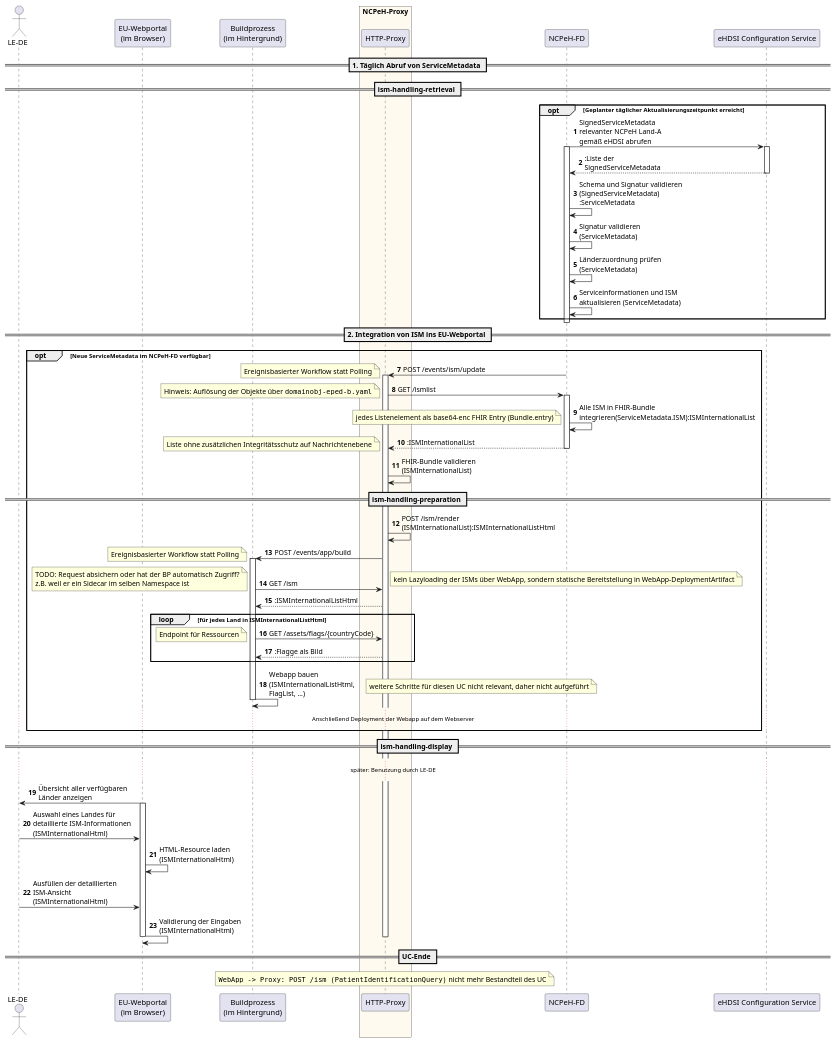
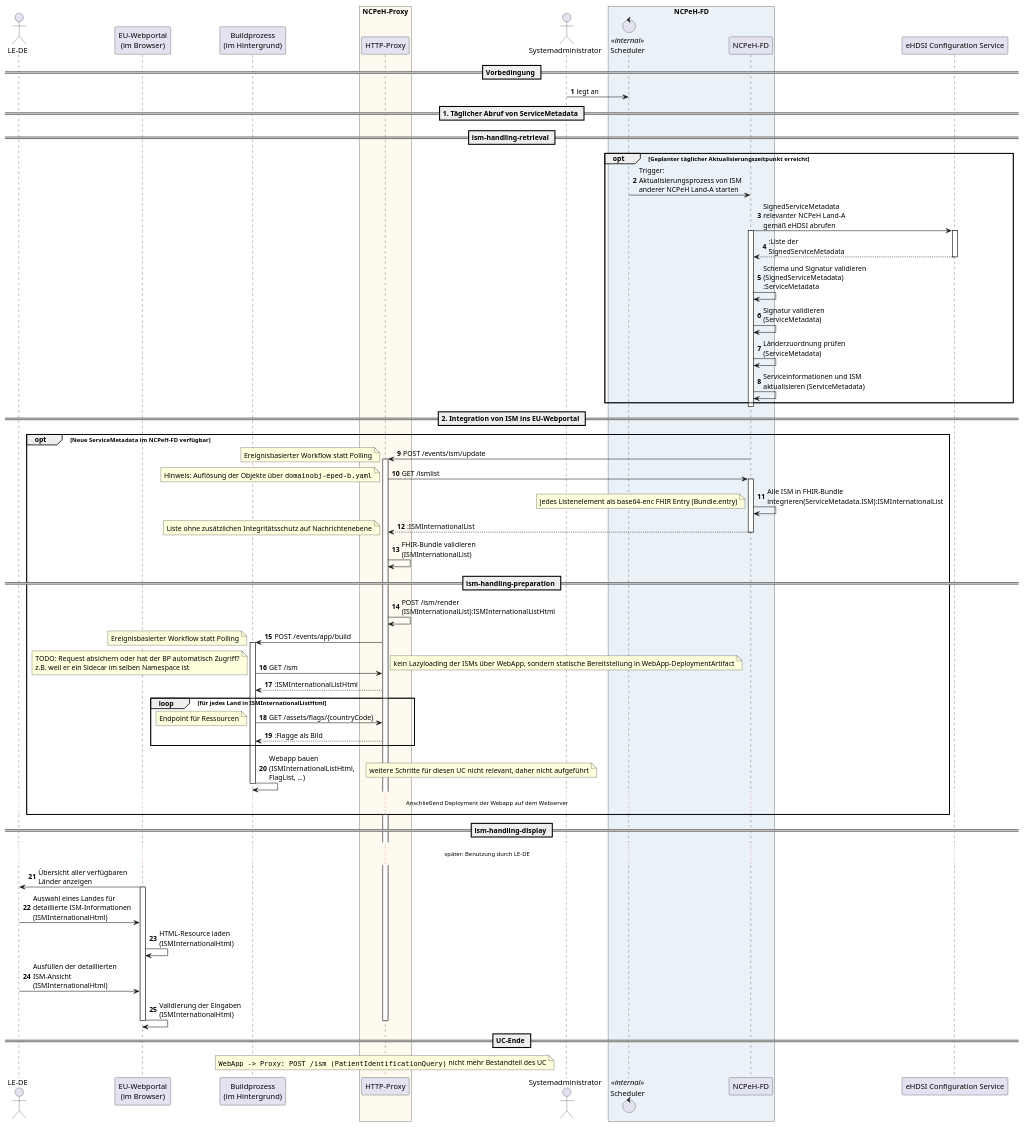
The diagram in src/images/feature/eped-b/functional/ISM_bereitstellen_detailed.puml (gematik/api-ncpeh), drawn with PlantUML before and after one commit.

Commit message:
no message

```diff
--- a/src/images/feature/eped-b/functional/ISM_bereitstellen_detailed.puml
+++ b/src/images/feature/eped-b/functional/ISM_bereitstellen_detailed.puml
@@ -1,89 +1,101 @@
 @startuml ISM bereiststellen (detailliert)
 
 skinparam maxMessageSize 200
 autonumber
 
 actor "LE-DE" as User
 
 participant "EU-Webportal\n(im Browser)" as WebApp
 participant "Buildprozess\n(im Hintergrund)" as Buildprozess
 
 box "NCPeH-Proxy" #FloralWhite
     participant "HTTP-Proxy" as Proxy
 end box
+
+actor "Systemadministrator" as Administrator
+box "NCPeH-FD" #EAF2F8
+control "Scheduler" as Scheduler <<internal>>
 participant "NCPeH-FD" as NCPeH
+end box
+
 participant "eHDSI Configuration Service" as ConfServ
 
-== 1. Täglich Abruf von ServiceMetadata ==
+== Vorbedingung ==
+Administrator -> Scheduler: legt an
+
+== 1. Täglicher Abruf von ServiceMetadata ==
 == ism-handling-retrieval ==
 
+
+
 opt Geplanter täglicher Aktualisierungszeitpunkt erreicht
+    Scheduler -> NCPeH: Trigger: \nAktualisierungsprozess von ISM anderer NCPeH Land-A starten
     NCPeH -> ConfServ: SignedServiceMetadata relevanter NCPeH Land-A gemäß eHDSI abrufen
     activate NCPeH 
     activate ConfServ
 
     ConfServ --> NCPeH: :Liste der SignedServiceMetadata
     deactivate ConfServ
 
     NCPeH -> NCPeH: Schema und Signatur validieren (SignedServiceMetadata) :ServiceMetadata
     NCPeH -> NCPeH: Signatur validieren (ServiceMetadata)
     NCPeH -> NCPeH: Länderzuordnung prüfen (ServiceMetadata)
     NCPeH -> NCPeH: Serviceinformationen und ISM aktualisieren (ServiceMetadata)
 end
 deactivate NCPeH
 
 == 2. Integration von ISM ins EU-Webportal ==
 
 opt Neue ServiceMetadata im NCPeH-FD verfügbar
     NCPeH -> Proxy: POST /events/ism/update
     note left: Ereignisbasierter Workflow statt Polling
     activate Proxy
     Proxy -> NCPeH: GET /ismlist
     activate NCPeH
     note left: Hinweis: Auflösung der Objekte über ""domainobj-eped-b.yaml""
     NCPeH -> NCPeH: Alle ISM in FHIR-Bundle integrieren(ServiceMetadata.ISM):ISMInternationalList
     note left: jedes Listenelement als base64-enc FHIR Entry (Bundle.entry)
     NCPeH --> Proxy: :ISMInternationalList
     note left: Liste ohne zusätzlichen Integritätsschutz auf Nachrichtenebene
     deactivate NCPeH
     Proxy -> Proxy: FHIR-Bundle validieren (ISMInternationalList)
 
 == ism-handling-preparation ==
     Proxy -> Proxy: POST /ism/render (ISMInternationalList):ISMInternationalListHtml
     'WebApp -> Proxy: POST /ism (ism_international_specific_html)
     
     Proxy -> Buildprozess: POST /events/app/build
     note left: Ereignisbasierter Workflow statt Polling
     activate Buildprozess
         Buildprozess -> Proxy: GET /ism
         note right: kein Lazyloading der ISMs über WebApp, sondern statische Bereitstellung in WebApp-DeploymentArtifact
         note left: TODO: Request absichern oder hat der BP automatisch Zugriff?\nz.B. weil er ein Sidecar im selben Namespace ist
         Proxy --> Buildprozess: :ISMInternationalListHtml
         
         loop für jedes Land in ISMInternationalListHtml
             Buildprozess -> Proxy: GET /assets/flags/{countryCode}
             note left: Endpoint für Ressourcen
             Proxy --> Buildprozess: :Flagge als Bild
         end
         
         Buildprozess -> Buildprozess: Webapp bauen (ISMInternationalListHtml, FlagList, ...)
         note right: weitere Schritte für diesen UC nicht relevant, daher nicht aufgeführt
     deactivate Buildprozess
     ... Anschließend Deployment der Webapp auf dem Webserver ...
 end
 
 == ism-handling-display ==
     ... später: Benutzung durch LE-DE ...
     WebApp -> User: Übersicht aller verfügbaren Länder anzeigen
     activate WebApp
     User -> WebApp: Auswahl eines Landes für detaillierte ISM-Informationen (ISMInternationalHtml)
     WebApp -> WebApp: HTML-Resource laden (ISMInternationalHtml)
     User -> WebApp: Ausfüllen der detaillierten ISM-Ansicht (ISMInternationalHtml)
     WebApp -> WebApp: Validierung der Eingaben (ISMInternationalHtml)
     deactivate WebApp
 
 == UC-Ende ==
     note over Proxy: ""WebApp -> Proxy: POST /ism (PatientIdentificationQuery)"" nicht mehr Bestandteil des UC 
 
 deactivate Proxy
 @enduml
```
